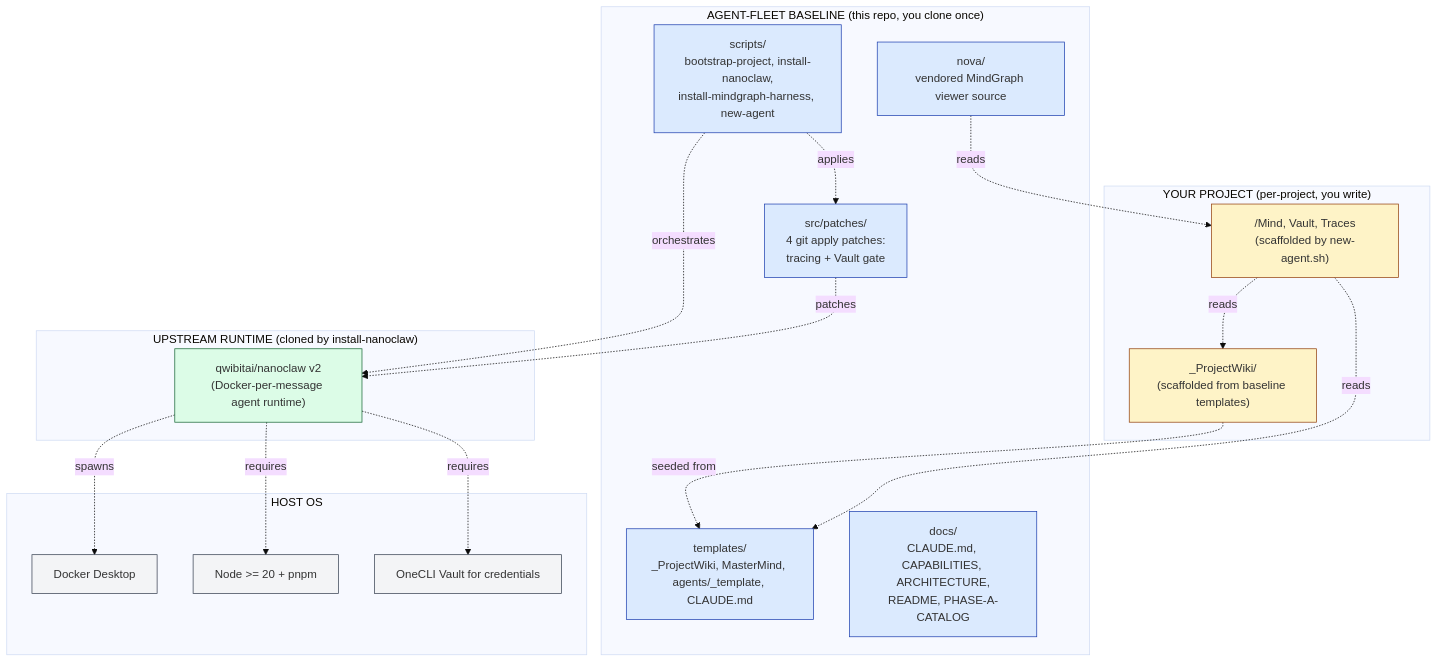
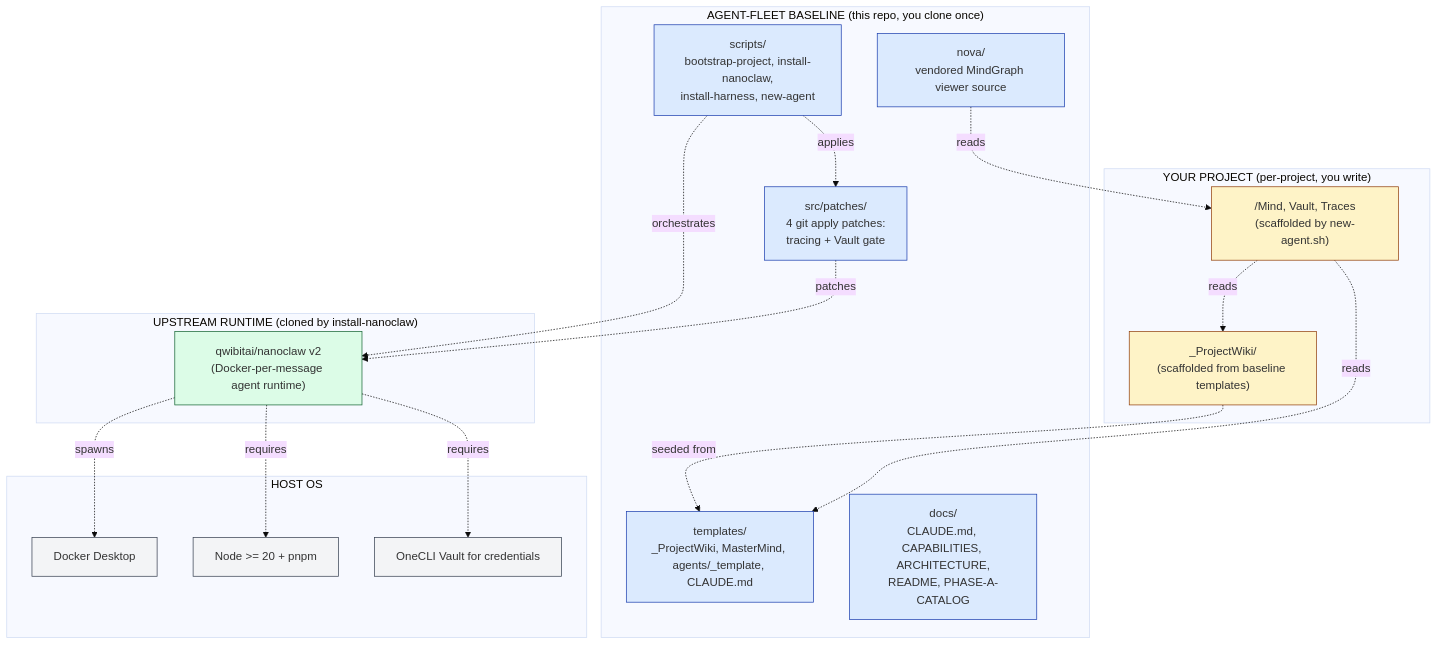
One commit to novaoptimiprime/nanoclaw-harness changed the first of 4 diagrams in ARCHITECTURE.md. Above: the diagram before and after it, drawn with Mermaid (base theme). The commit also changed other lines of this file and 16 other files, not shown here.

First line of the commit message:
Rename: nanoclaw-mindgraph-harness → nanoclaw-harness

````diff
--- a/ARCHITECTURE.md
+++ b/ARCHITECTURE.md
@@ -20,45 +20,45 @@
 ```mermaid
 flowchart TB
     subgraph project["YOUR PROJECT (per-project, you write)"]
         AGENTS["<AgentName>/Mind, Vault, Traces<br/>(scaffolded by new-agent.sh)"]
         WIKI["_ProjectWiki/<br/>(scaffolded from baseline templates)"]
     end
 
     subgraph baseline["AGENT-FLEET BASELINE (this repo, you clone once)"]
         TPL["templates/<br/>_ProjectWiki, MasterMind, agents/_template, CLAUDE.md"]
-        SCRIPTS["scripts/<br/>bootstrap-project, install-nanoclaw,<br/>install-mindgraph-harness, new-agent"]
+        SCRIPTS["scripts/<br/>bootstrap-project, install-nanoclaw,<br/>install-harness, new-agent"]
         PATCHES["src/patches/<br/>4 git apply patches:<br/>tracing + Vault gate"]
         NOVA["nova/<br/>vendored MindGraph viewer source"]
         DOCS["docs/<br/>CLAUDE.md, CAPABILITIES, ARCHITECTURE,<br/>README, PHASE-A-CATALOG"]
     end
 
     subgraph upstream["UPSTREAM RUNTIME (cloned by install-nanoclaw)"]
         NC["qwibitai/nanoclaw v2<br/>(Docker-per-message agent runtime)"]
     end
 
     subgraph host["HOST OS"]
         DOCKER[Docker Desktop]
         NODE["Node >= 20 + pnpm"]
         ONECLI[OneCLI Vault for credentials]
     end
 
     AGENTS -.->|reads| WIKI
     AGENTS -.->|reads| TPL
     WIKI -.->|seeded from| TPL
     SCRIPTS -.->|orchestrates| NC
     SCRIPTS -.->|applies| PATCHES
     PATCHES -.->|patches| NC
     NOVA -.->|reads| AGENTS
     NC -.->|spawns| DOCKER
     NC -.->|requires| NODE
     NC -.->|requires| ONECLI
 
     classDef proj fill:#fef3c7,stroke:#92400e
     classDef base fill:#dbeafe,stroke:#1e40af
     classDef up fill:#dcfce7,stroke:#166534
     classDef hst fill:#f3f4f6,stroke:#374151
     class AGENTS,WIKI proj
     class TPL,SCRIPTS,PATCHES,NOVA,DOCS base
     class NC up
     class DOCKER,NODE,ONECLI hst
 ```
````
